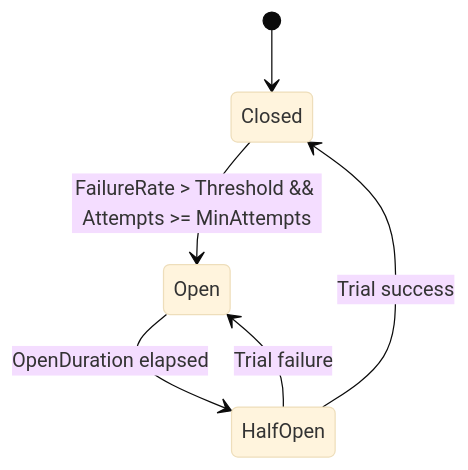
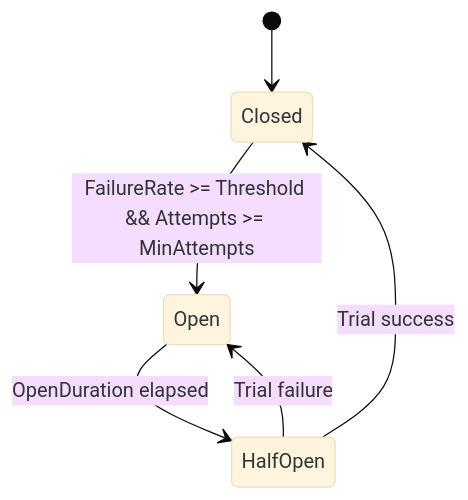
Diagram 24 of 47 in ARCHITECTURE.md (jatin711-debug/cronos_db_golang), drawn with Mermaid (base theme) before and after one commit. The commit also changed other lines of this file and 28 other files, not shown here.

First line of the commit message:
docs: bring architecture, feature, design and contributor docs up to v0.11.0

````diff
--- a/ARCHITECTURE.md
+++ b/ARCHITECTURE.md
@@ -815,8 +864,8 @@
 ```mermaid
 stateDiagram-v2
     [*] --> Closed
-    Closed --> Open : FailureRate > Threshold && Attempts >= MinAttempts
+    Closed --> Open : FailureRate >= Threshold && Attempts >= MinAttempts
     Open --> HalfOpen : OpenDuration elapsed
     HalfOpen --> Closed : Trial success
     HalfOpen --> Open : Trial failure
 ```
````
